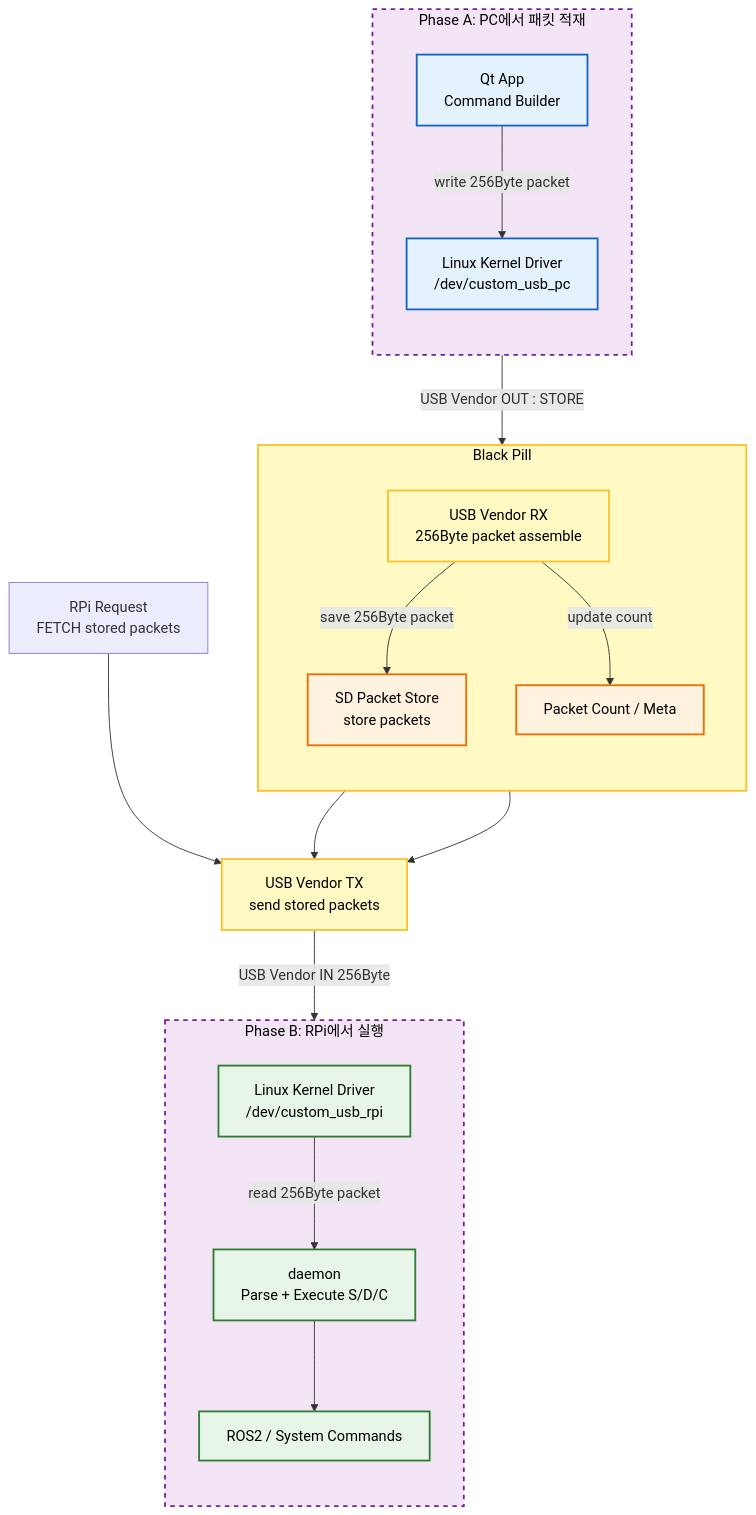
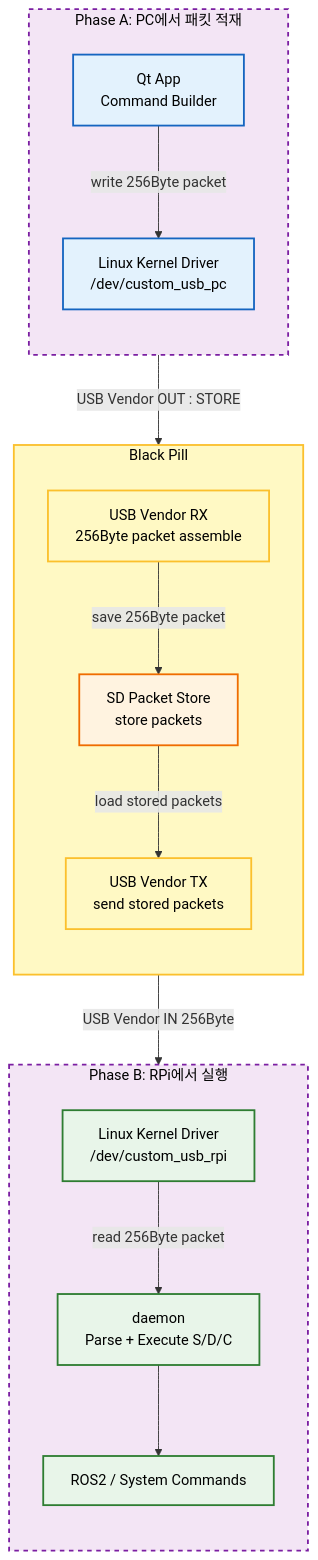
The second of 4 diagrams in README.md (ChangHoiAn/example), drawn with Mermaid before and after one commit.

````diff
--- a/README.md
+++ b/README.md
@@ -68,47 +68,44 @@
 ```mermaid
 %%{init: {"themeVariables": {"fontSize": "16px"}, "flowchart": {"useMaxWidth": true, "nodeSpacing": 55, "rankSpacing": 75, "diagramPadding": 10}}}%%
 flowchart TB
   classDef pc fill:#e3f2fd,stroke:#1565c0,stroke-width:2px,color:black;
   classDef mcu fill:#fff9c4,stroke:#fbc02d,stroke-width:2px,color:black;
   classDef rpi fill:#e8f5e9,stroke:#2e7d32,stroke-width:2px,color:black;
   classDef sd fill:#fff3e0,stroke:#ef6c00,stroke-width:2px,color:black;
   classDef usb fill:#f3e5f5,stroke:#7b1fa2,stroke-width:2px,stroke-dasharray: 5 5,color:black;
 
   subgraph PC_Phase ["Phase A: PC에서 패킷 적재"]
     direction TB
     QT["Qt App<br/>Command Builder"]
     KPC["Linux Kernel Driver<br/>/dev/custom_usb_pc"]
     QT -->|write 256Byte packet| KPC
   end
 
   subgraph MCU_Group ["Black Pill"]
     direction TB
     VEN_RX["USB Vendor RX<br/>256Byte packet assemble"]
     SDSTORE["SD Packet Store<br/>store packets"]
-    META["Packet Count / Meta"]
+    VEN_TX["USB Vendor TX<br/>send stored packets"]
+
     VEN_RX -->|save 256Byte packet| SDSTORE
-    VEN_RX -->|update count| META
+    SDSTORE -->|load stored packets| VEN_TX
   end
 
   subgraph RPI_Phase ["Phase B: RPi에서 실행"]
     direction TB
     KRPI["Linux Kernel Driver<br/>/dev/custom_usb_rpi"]
     DAEMON["daemon<br/>Parse + Execute S/D/C"]
     ROS2["ROS2 / System Commands"]
     KRPI -->|read 256Byte packet| DAEMON
     DAEMON --> ROS2
   end
 
   KPC -->|USB Vendor OUT : STORE| VEN_RX
-
-  RPI_REQ["RPi Request<br/>FETCH stored packets"] --> MCU_TX["USB Vendor TX<br/>send stored packets"]
-  SDSTORE --> MCU_TX
-  META --> MCU_TX
-  MCU_TX -->|USB Vendor IN 256Byte| KRPI
+  VEN_TX -->|USB Vendor IN 256Byte| KRPI
 
   class QT,KPC pc;
-  class VEN_RX,MCU_TX,MCU_Group mcu;
+  class VEN_RX,SDSTORE,VEN_TX,MCU_Group mcu;
   class KRPI,DAEMON,ROS2 rpi;
-  class SDSTORE,META sd;
+  class SDSTORE sd;
   class PC_Phase,RPI_Phase usb;
 ```
````
